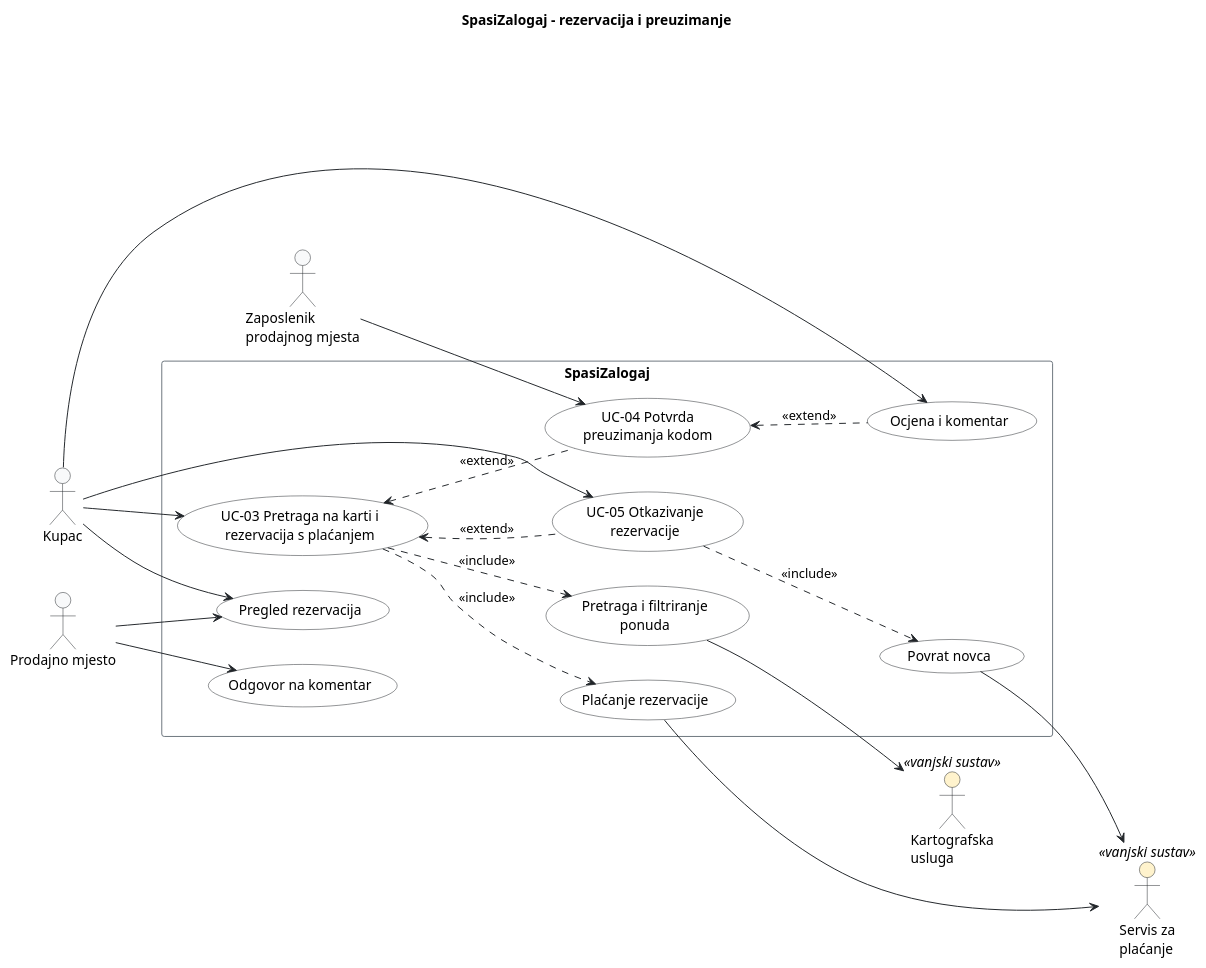
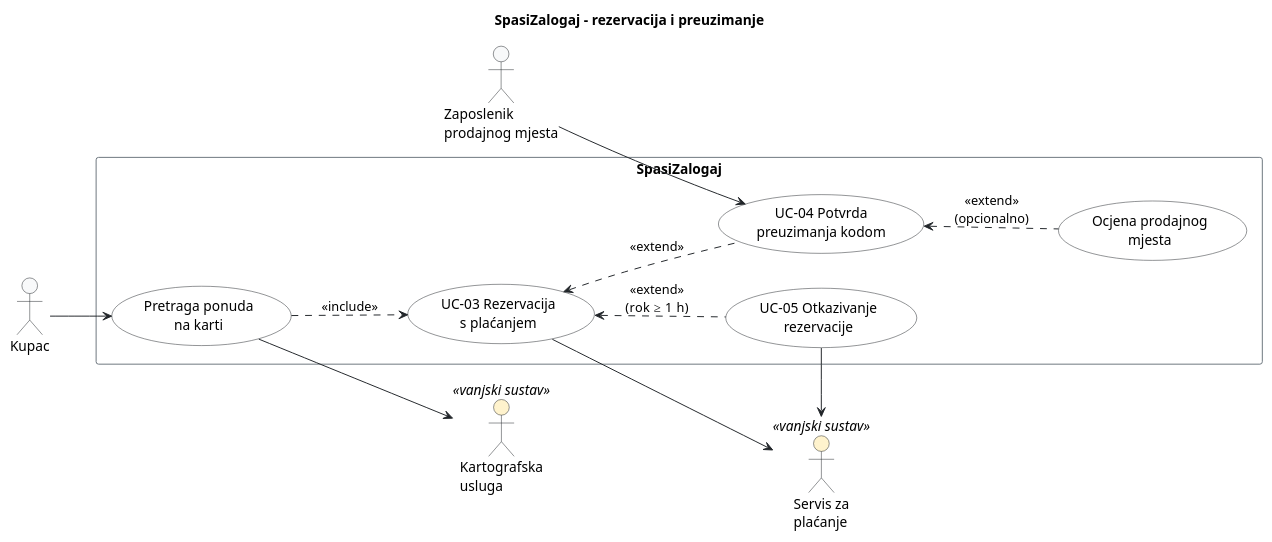
The diagram in docs/puml/3-2-spasizalogaj-reservation-UC.puml (frenki1004/Menzory), drawn with PlantUML before and after one commit. The commit also changed other lines of this file and 3 other files, not shown here.

```diff
--- a/docs/puml/3-2-spasizalogaj-reservation-UC.puml
+++ b/docs/puml/3-2-spasizalogaj-reservation-UC.puml
@@ -14,64 +14,55 @@
 @startuml
 title SpasiZalogaj – rezervacija i preuzimanje
 left to right direction
 
 skinparam shadowing false
 skinparam defaultFontName Arial
 skinparam ArrowColor #212529
+
 skinparam actor {
     BackgroundColor #F8F9FA
     BorderColor #212529
     BackgroundColor<<vanjski sustav>> #FFF3CD
 }
 skinparam usecase {
     BackgroundColor #FFFFFF
     BorderColor #212529
 }
 skinparam rectangle {
     BorderColor #6C757D
 }
 
 actor "Kupac" as Kupac
-actor "Zaposlenik\nprodajnog mjesta" as Zaposlenik
-actor "Prodajno mjesto" as Prodavac
+actor "Kartografska\nusluga" as Karta <<vanjski sustav>>
 
 rectangle "SpasiZalogaj" {
-    usecase "UC-03 Pretraga na karti i\nrezervacija s plaćanjem" as UC03
-    usecase "Pretraga i filtriranje\nponuda" as UCPretraga
-    usecase "Plaćanje rezervacije" as UCPlacanje
-
+    usecase "Pretraga ponuda\nna karti" as UCPretraga
+    usecase "UC-03 Rezervacija\ns plaćanjem" as UC03
+    usecase "UC-04 Potvrda\npreuzimanja kodom" as UC04
     usecase "UC-05 Otkazivanje\nrezervacije" as UC05
-    usecase "Povrat novca" as UCPovrat
-
-    usecase "Pregled rezervacija" as UCPregled
-
-    usecase "UC-04 Potvrda\npreuzimanja kodom" as UC04
-
-    usecase "Ocjena i komentar" as UCOcjena
-    usecase "Odgovor na komentar" as UCOdgovor
+    usecase "Ocjena prodajnog\nmjesta" as UCOcjena
 }
 
-actor "Kartografska\nusluga" as Karta <<vanjski sustav>>
+actor "Zaposlenik\nprodajnog mjesta" as Zaposlenik
 actor "Servis za\nplaćanje" as Placanje <<vanjski sustav>>
 
-Kupac --> UC03
-Kupac --> UC05
-Kupac --> UCPregled
-Kupac --> UCOcjena
+' Vodoravni tok radnji kupca
+Kupac --> UCPretraga
+UCPretraga ..> UC03 : <<include>>
+UCPretraga --> Karta
 
+' Grananje nakon rezervacije
+UC03 <.. UC04 : <<extend>>
+UC03 <.. UC05 : <<extend>>\n(rok ≥ 1 h)
+UC04 <.. UCOcjena : <<extend>>\n(opcionalno)
+
+' Interakcija s vanjskim servisima i zaposlenikom
 Zaposlenik --> UC04
+UC03 --> Placanje
+Placanje <-- UC05
 
-Prodavac --> UCPregled
-Prodavac --> UCOdgovor
+' Poravnanje radi kraćih i simetričnih linija
+UC04 -[hidden]up-> Zaposlenik
+UC05 -[hidden]down-> Placanje
 
-UC03 ..> UCPretraga : <<include>>
-UC03 ..> UCPlacanje : <<include>>
-UC05 ..> UCPovrat : <<include>>
-UC03 <.. UC05 : <<extend>>
-UC03 <.. UC04 : <<extend>>
-UC04 <.. UCOcjena : <<extend>>
-
-UCPretraga --> Karta
-UCPlacanje --> Placanje
-UCPovrat --> Placanje
 @enduml
```
